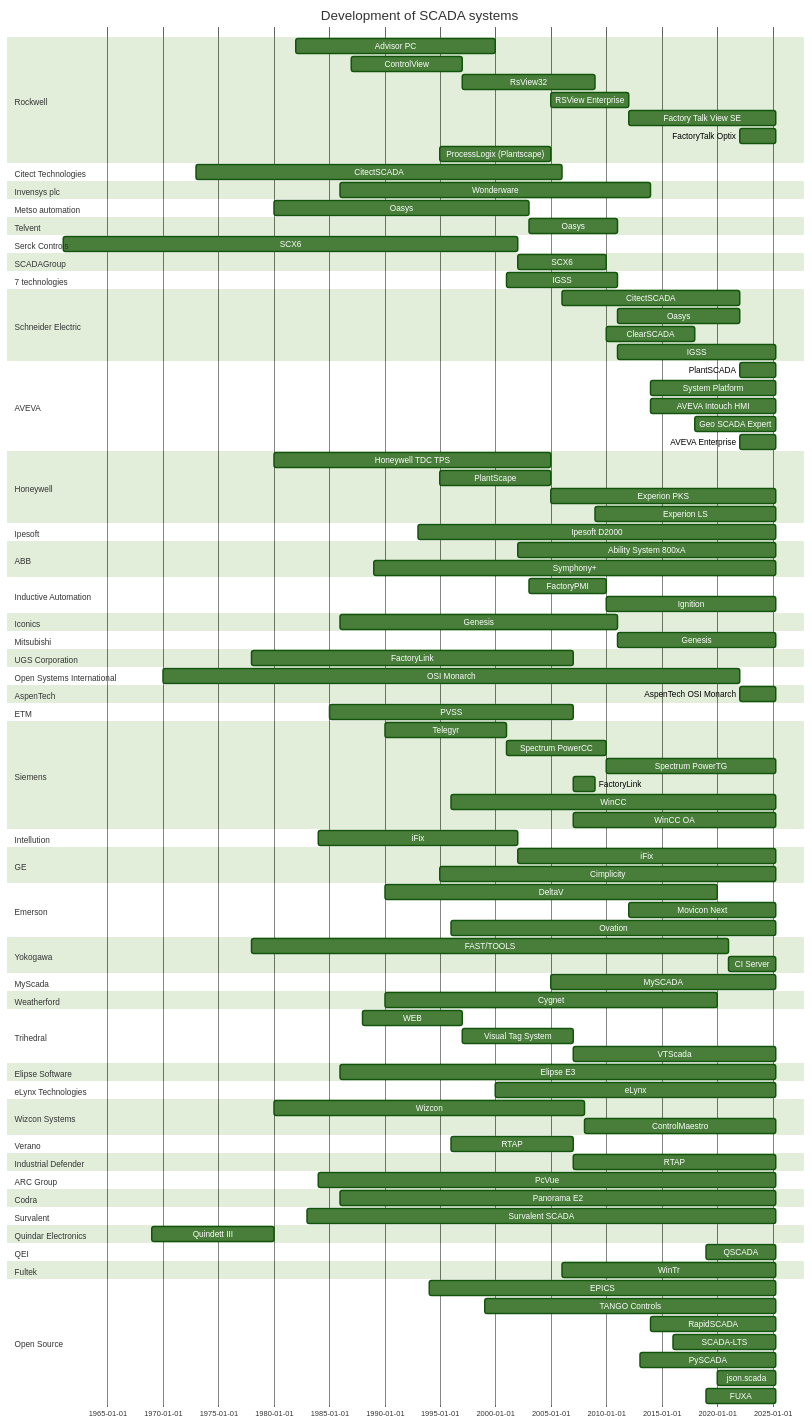
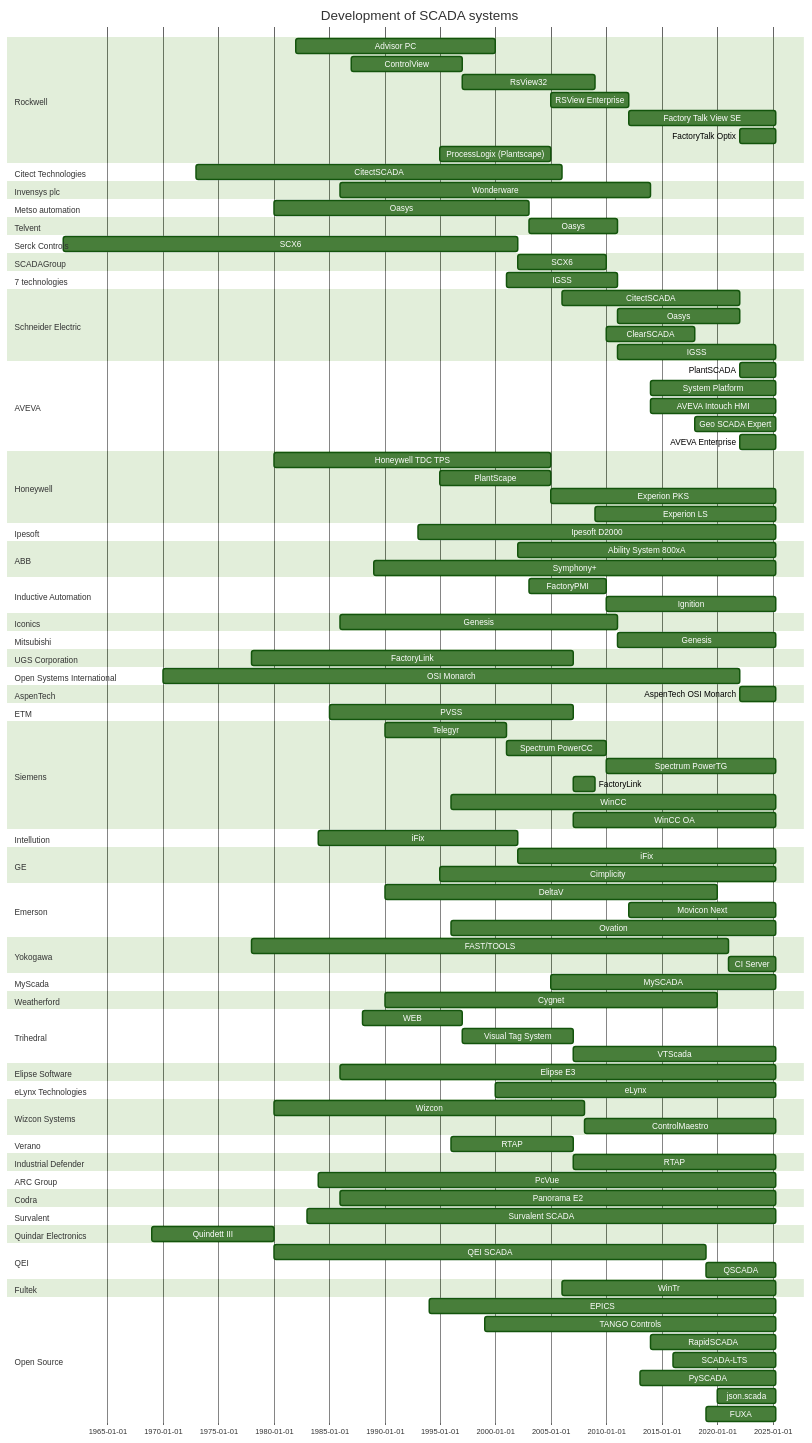
Before and after one commit to hutcheb/scada-timeline: the diagram in README.md, drawn with Mermaid (forest theme).

Commit message:
feat: QEI Scada

```diff
--- a/README.md
+++ b/README.md
@@ -153,11 +153,12 @@
     section Survalent
         %%(https://www.survalent.com/our-promise/)
         Survalent SCADA : panorama, 1983, until 2025  
-        
     section Quindar Electronics
         %%(https://www.qeiinc.com/timeline/quindar-is-founded/)
         Quindett III : 1969, 1980
     section QEI
+        %%(estimates)
+        QEI SCADA : 1980, 2019
         %%(https://www.utilitydive.com/press-release/20190701-qei-releases-qscada-windows-based-scada/)
         QSCADA : 2019, until 2025
     section Fultek
```
